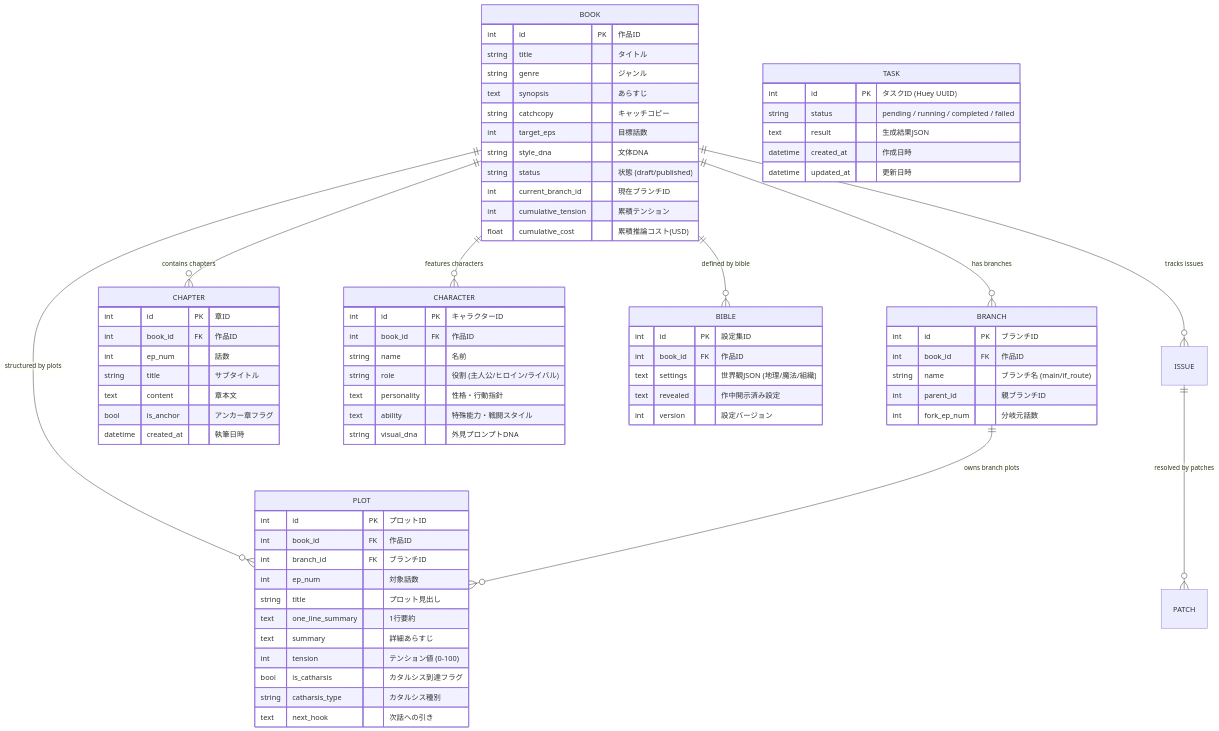
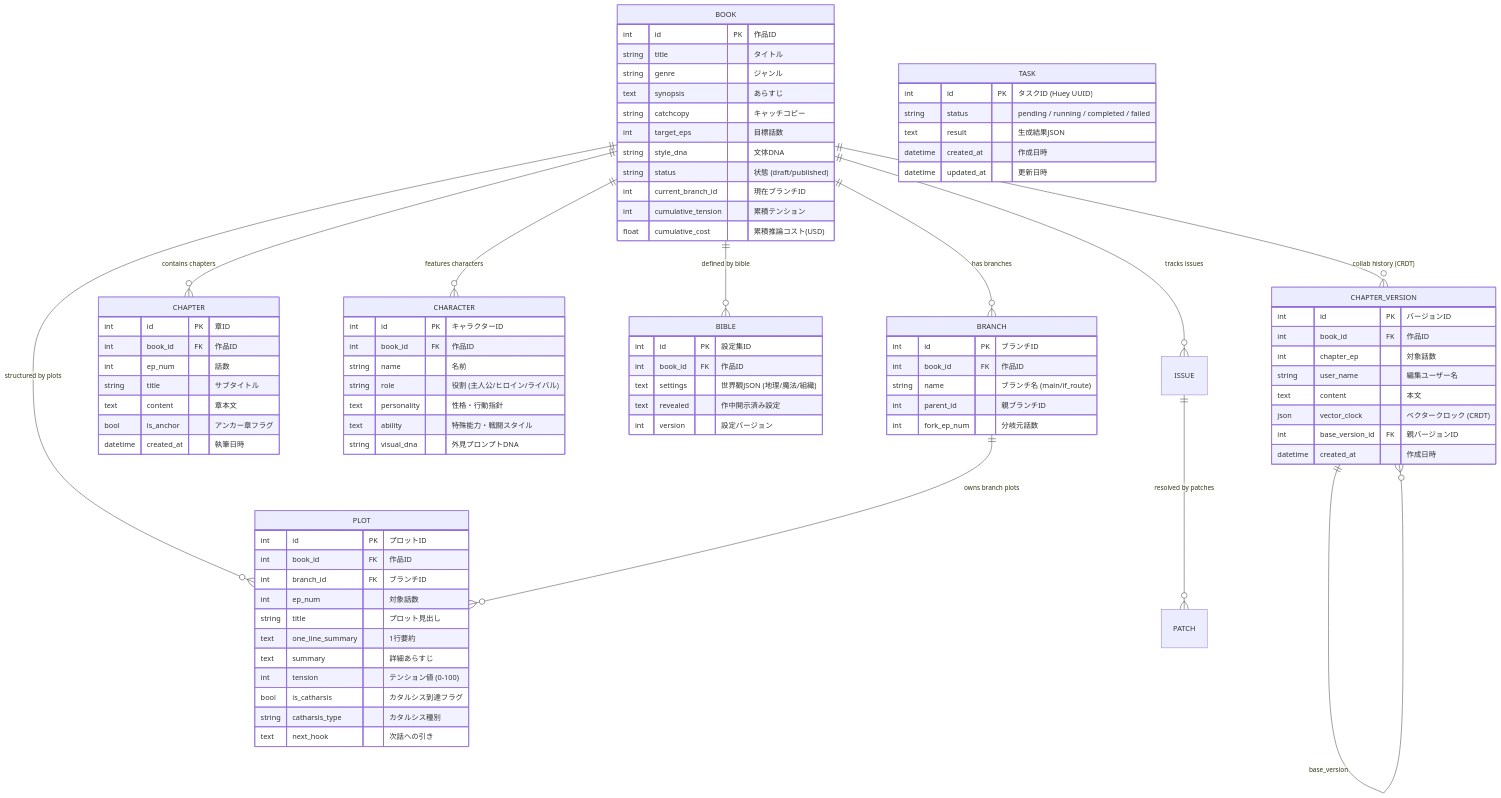
The fifth of 6 diagrams in README.md (herbmatsui-spec/autonovel), drawn with Mermaid before and after one commit. The commit also changed other lines of this file, not shown here.

First line of the commit message:
docs(readme): v4.0 反映 — AGE+pgvector, ChromaDB, multimedia, collab/CRDT, eBook, Orchestrator

```diff
--- a/README.md
+++ b/README.md
@@ -725,6 +765,8 @@
     BOOK ||--o{ PLOT : "structured by plots"
     BOOK ||--o{ BIBLE : "defined by bible"
     BOOK ||--o{ ISSUE : "tracks issues"
+    BOOK ||--o{ CHAPTER_VERSION : "collab history (CRDT)"
+    CHAPTER_VERSION ||--o{ CHAPTER_VERSION : "base_version"
     BRANCH ||--o{ PLOT : "owns branch plots"
     ISSUE ||--o{ PATCH : "resolved by patches"
 
@@ -792,6 +834,17 @@
         int version "設定バージョン"
     }
 
+    CHAPTER_VERSION {
+        int id PK "バージョンID"
+        int book_id FK "作品ID"
+        int chapter_ep "対象話数"
+        string user_name "編集ユーザー名"
+        text content "本文"
+        json vector_clock "ベクタークロック (CRDT)"
+        int base_version_id FK "親バージョンID"
+        datetime created_at "作成日時"
+    }
+
     TASK {
         int id PK "タスクID (Huey UUID)"
         string status "pending / running / completed / failed"
```
